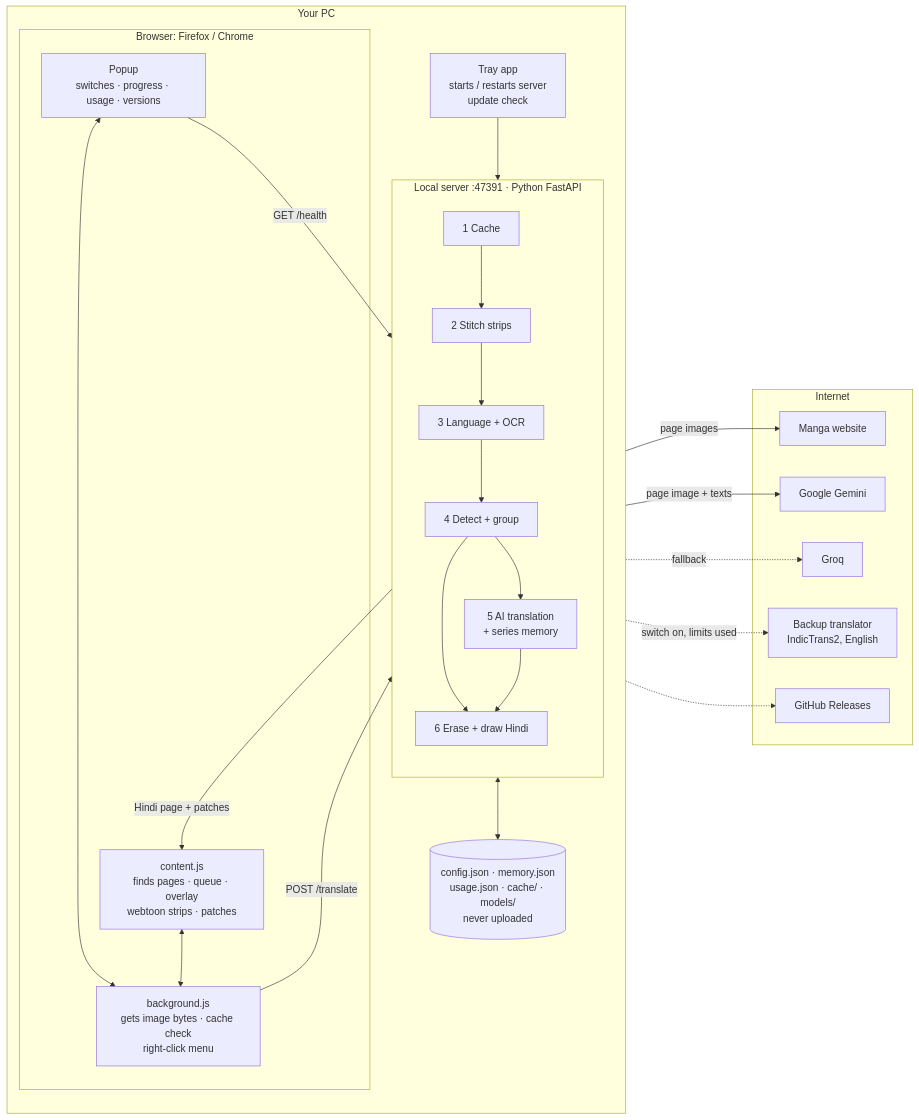
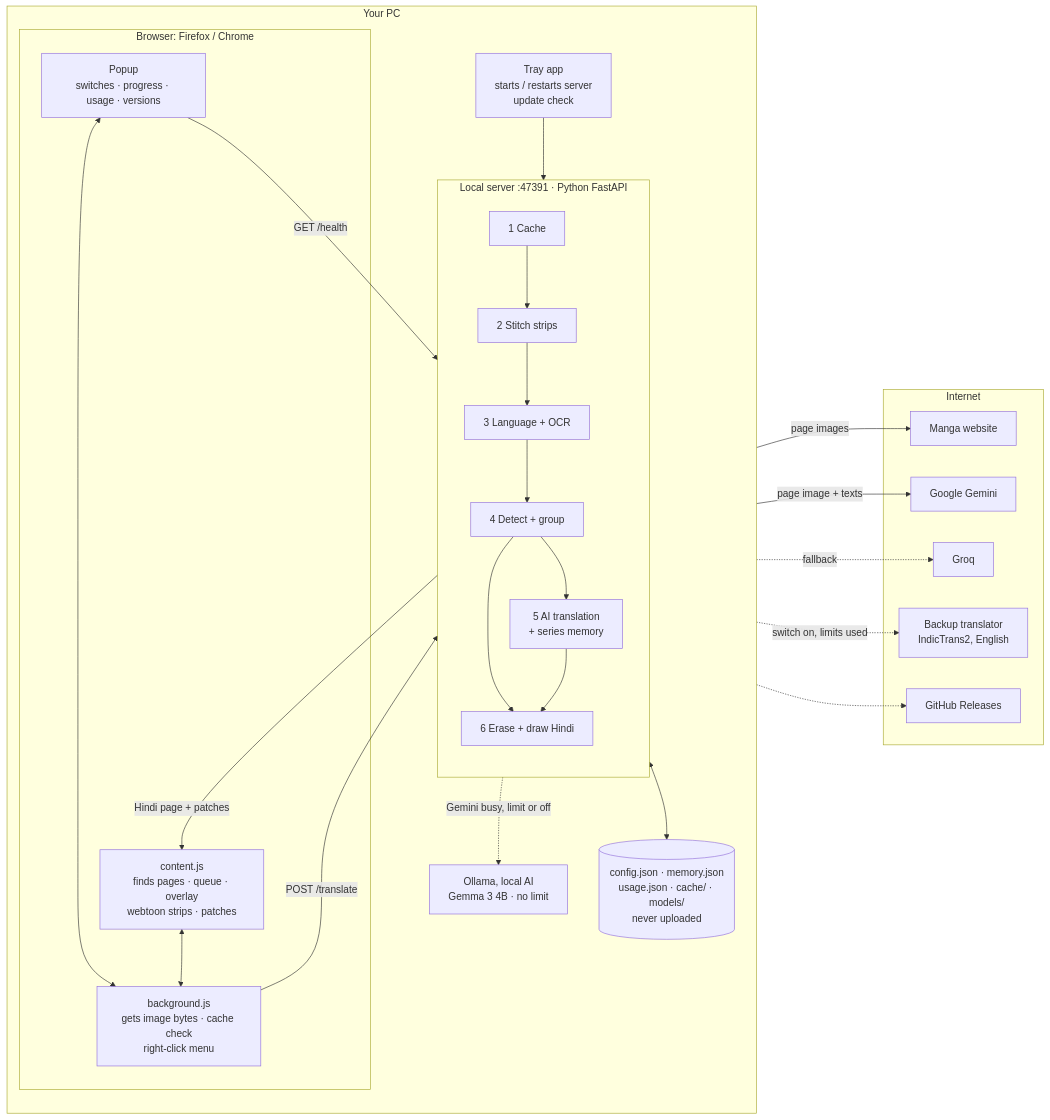
The first of 6 diagrams in README.md (jitendra205saini/Manga-Translator), drawn with Mermaid before and after one commit. The commit also changed other lines of this file and 1 other file, not shown here.

Commit message:
README: local AI in diagrams, 6 keys round robin

````diff
--- a/README.md
+++ b/README.md
@@ -98,39 +98,41 @@
 ```mermaid
 flowchart LR
     subgraph PC["Your PC"]
         direction TB
         subgraph BR["Browser: Firefox / Chrome"]
             POP["Popup<br/>switches · progress · usage · versions"]
             CS["content.js<br/>finds pages · queue · overlay<br/>webtoon strips · patches"]
             BG["background.js<br/>gets image bytes · cache check<br/>right-click menu"]
             POP <--> BG
             CS <--> BG
         end
         TRAY["Tray app<br/>starts / restarts server<br/>update check"]
         subgraph SV["Local server :47391 · Python FastAPI"]
             direction TB
             S1["1 Cache"] --> S2["2 Stitch strips"] --> S3["3 Language + OCR"] --> S4["4 Detect + group"]
             S4 --> S5["5 AI translation<br/>+ series memory"]
             S4 --> S6["6 Erase + draw Hindi"]
             S5 --> S6
         end
         DISK[("config.json · memory.json<br/>usage.json · cache/ · models/<br/>never uploaded")]
         TRAY --> SV
         SV <--> DISK
+        OLL["Ollama, local AI<br/>Gemma 3 4B · no limit"]
     end
     subgraph NET["Internet"]
         SITE["Manga website"]
         GEM["Google Gemini"]
         GRQ["Groq"]
         BAK["Backup translator<br/>IndicTrans2, English"]
         GH["GitHub Releases"]
     end
     BG -->|"page images"| SITE
     BG -->|"POST /translate"| S1
     POP -->|"GET /health"| SV
     S5 -->|"page image + texts"| GEM
+    S5 -.->|"Gemini busy, limit or off"| OLL
     S5 -.->|"fallback"| GRQ
     S5 -.->|"switch on, limits used"| BAK
     TRAY -.-> GH
     S6 -->|"Hindi page + patches"| CS
 ```
````
